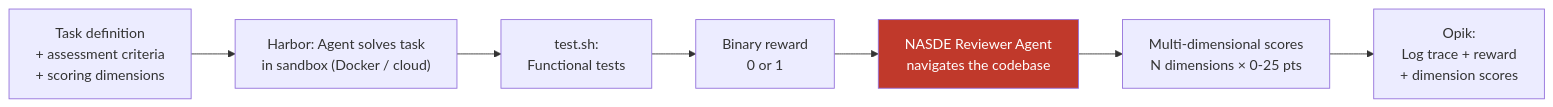
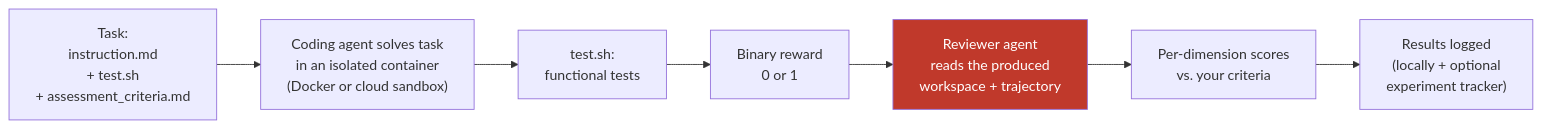
Before and after one commit to NoesisVision/nasde-toolkit: the diagram in README.md, drawn with Mermaid. The commit also changed other lines of this file and 5 other files, not shown here.

````diff
--- a/README.md
+++ b/README.md
@@ -53,11 +110,11 @@
 ```mermaid
 flowchart LR
-    A["Task definition\n+ assessment criteria\n+ scoring dimensions"] --> B["Harbor: Agent solves task\nin sandbox (Docker / cloud)"]
-    B --> C["test.sh:\nFunctional tests"]
-    C --> D["Binary reward\n0 or 1"]
-    D --> E["NASDE Reviewer Agent\nnavigates the codebase"]
-    E --> F["Multi-dimensional scores\nN dimensions × 0-25 pts"]
-    F --> G["Opik:\nLog trace + reward\n+ dimension scores"]
+    A["Task:<br/>instruction.md<br/>+ test.sh<br/>+ assessment_criteria.md"] --> B["Coding agent solves task<br/>in an isolated container<br/>(Docker or cloud sandbox)"]
+    B --> C["test.sh:<br/>functional tests"]
+    C --> D["Binary reward<br/>0 or 1"]
+    D --> E["Reviewer agent<br/>reads the produced<br/>workspace + trajectory"]
+    E --> F["Per-dimension scores<br/>vs. your criteria"]
+    F --> G["Results logged<br/>(locally + optional<br/>experiment tracker)"]
 
     style E fill:#c0392b,color:#fff
 ```
````
